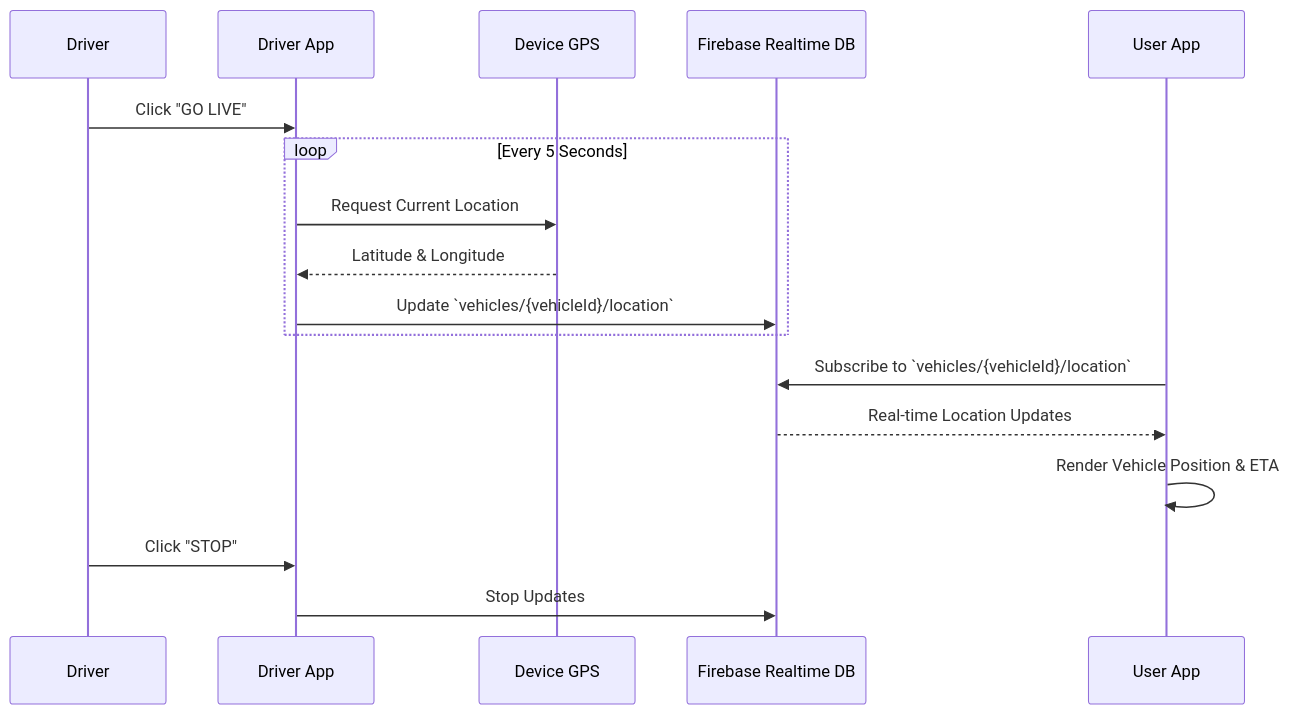
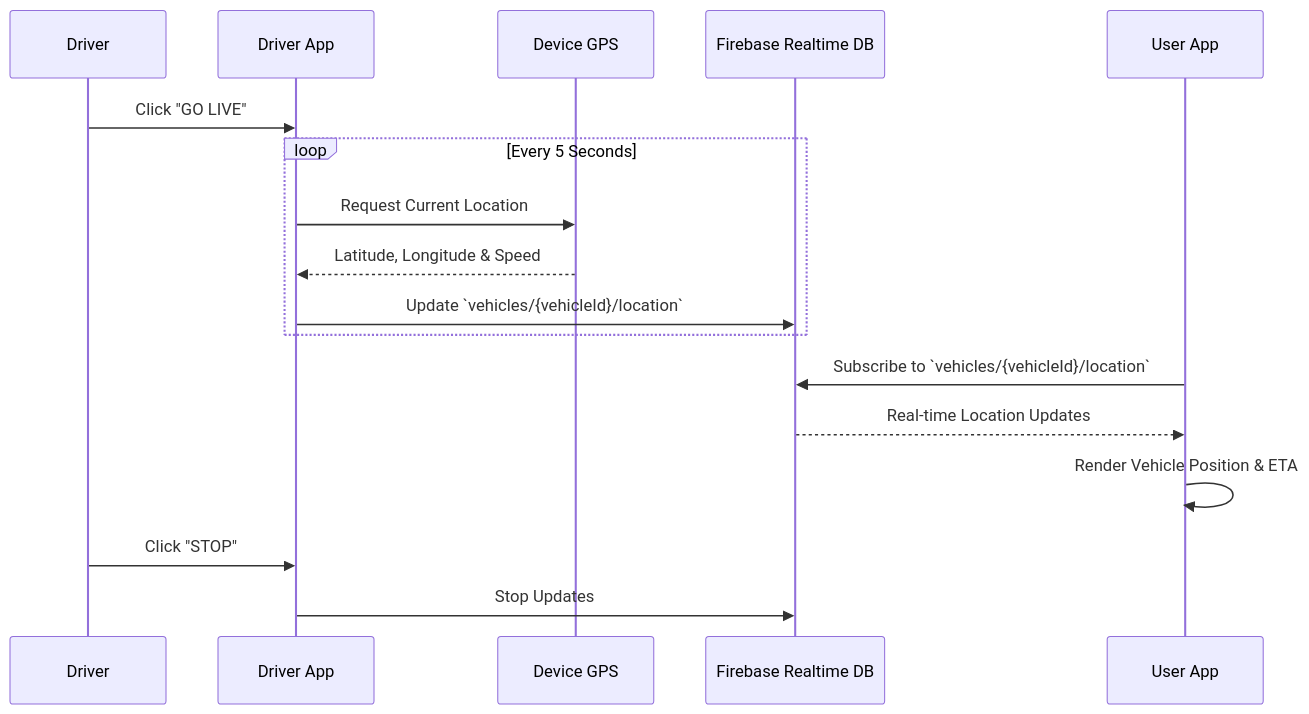
Before and after one commit to anupam9919/Real-Time-Vehicle-Tracking-System: the third of 3 diagrams in README.md, drawn with Mermaid. The commit also changed other lines of this file, not shown here.

Commit message:
feat: document first admin setup, Firebase Auth integration, unified user role lookup, and driver speed transmission.

````diff
--- a/README.md
+++ b/README.md
@@ -111,22 +113,22 @@
 ```mermaid
 sequenceDiagram
     participant Driver
     participant DriverApp as Driver App
     participant GPS as Device GPS
     participant DB as Firebase Realtime DB
     participant UserApp as User App
 
     Driver->>DriverApp: Click "GO LIVE"
     loop Every 5 Seconds
         DriverApp->>GPS: Request Current Location
-        GPS-->>DriverApp: Latitude & Longitude
+        GPS-->>DriverApp: Latitude, Longitude & Speed
         DriverApp->>DB: Update `vehicles/{vehicleId}/location`
     end
     
     UserApp->>DB: Subscribe to `vehicles/{vehicleId}/location`
     DB-->>UserApp: Real-time Location Updates
     UserApp->>UserApp: Render Vehicle Position & ETA
     
     Driver->>DriverApp: Click "STOP"
     DriverApp->>DB: Stop Updates
 ```
````
